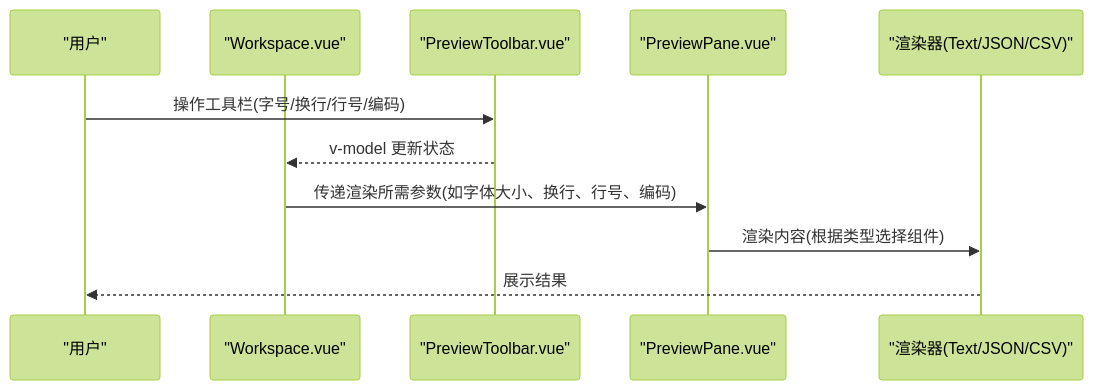
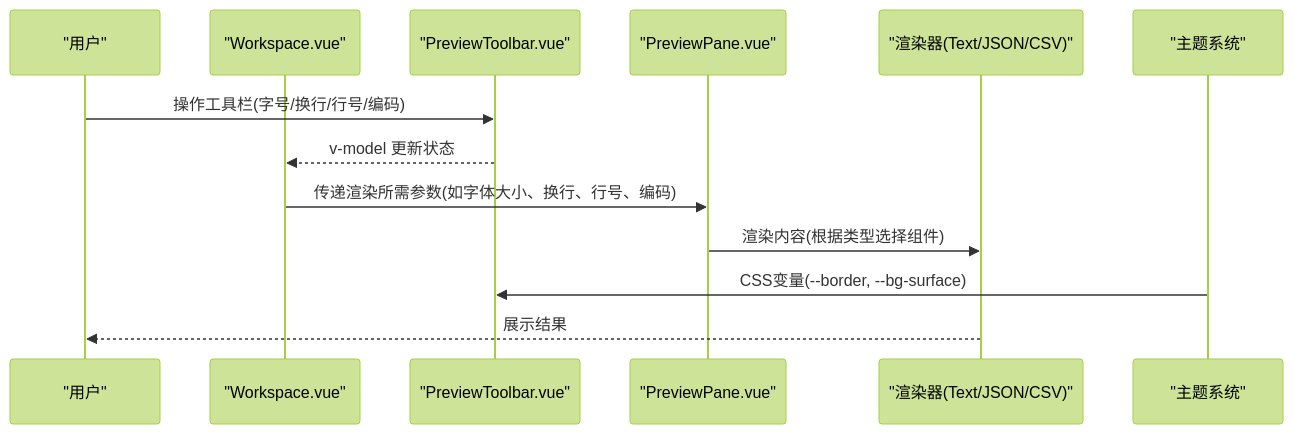
Before and after one commit to taoweidong/Hello-Tauri: the second of 6 diagrams in .qoder/repowiki/zh/content/架构设计/组件层次结构/工作区组件/预览工具栏组件.md, drawn with Mermaid (forest theme). The commit also changed other lines of this file and 14 other files, not shown here.

````diff
--- a/.qoder/repowiki/zh/content/架构设计/组件层次结构/工作区组件/预览工具栏组件.md
+++ b/.qoder/repowiki/zh/content/架构设计/组件层次结构/工作区组件/预览工具栏组件.md
@@ -77,13 +89,15 @@
 ```mermaid
 sequenceDiagram
 participant U as "用户"
 participant W as "Workspace.vue"
 participant T as "PreviewToolbar.vue"
 participant P as "PreviewPane.vue"
 participant R as "渲染器(Text/JSON/CSV)"
+participant S as "主题系统"
 U->>T : 操作工具栏(字号/换行/行号/编码)
 T-->>W : v-model 更新状态
 W->>P : 传递渲染所需参数(如字体大小、换行、行号、编码)
 P->>R : 渲染内容(根据类型选择组件)
+S->>T : CSS变量(--border, --bg-surface)
 R-->>U : 展示结果
 ```
````
